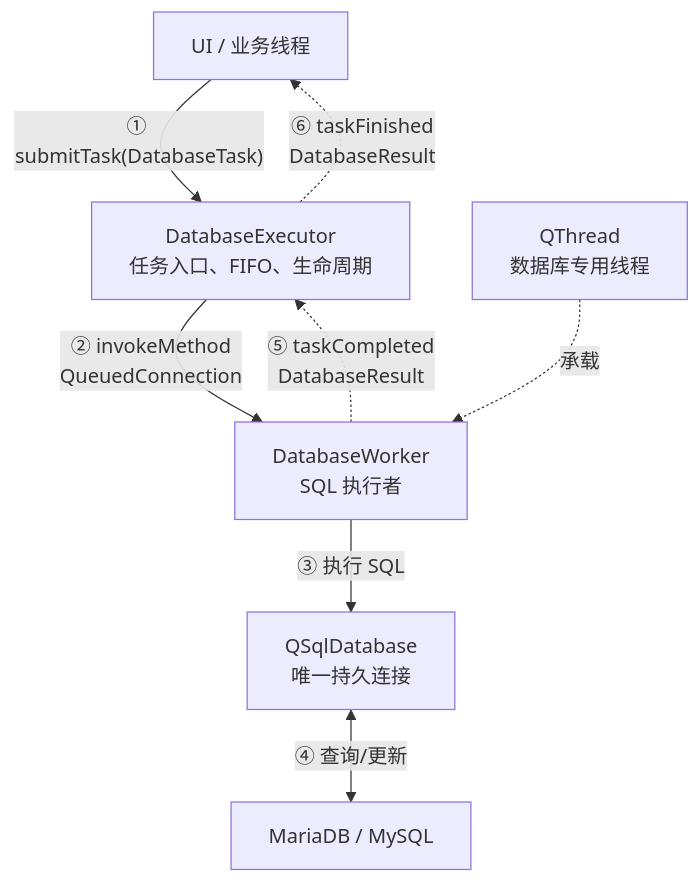
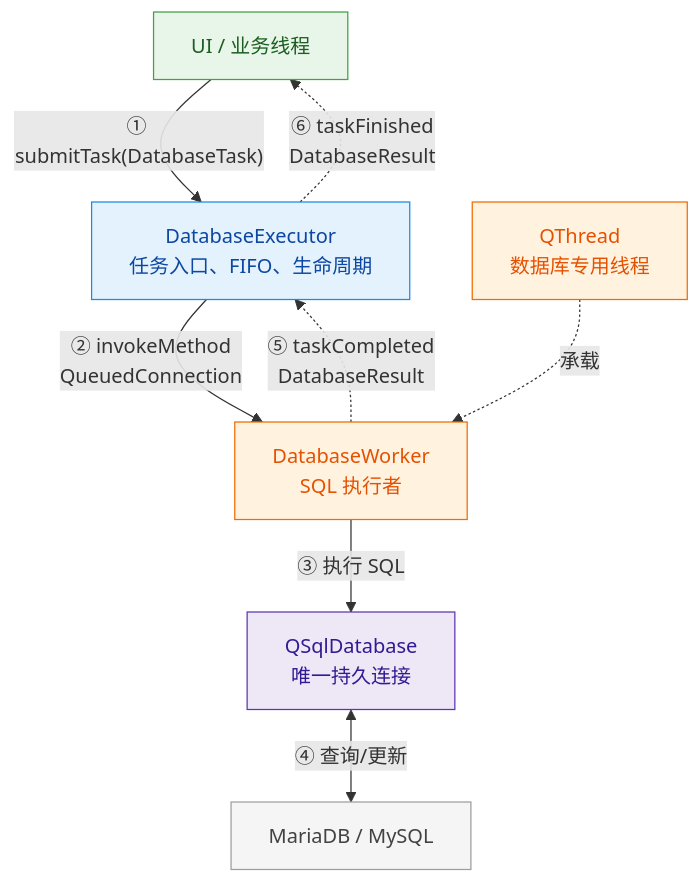
Before and after one commit to fanyu99/MyNote: the first of 3 diagrams in 仓库管理系统/03_架构设计/数据库业务执行架构.md, drawn with Mermaid. The commit also changed other lines of this file and 26 other files, not shown here.

````diff
--- a/仓库管理系统/03_架构设计/数据库业务执行架构.md
+++ b/仓库管理系统/03_架构设计/数据库业务执行架构.md
@@ -4,17 +4,28 @@
 ```mermaid
 flowchart TB
     UI["UI / 业务线程"]
     EX["DatabaseExecutor<br/>任务入口、FIFO、生命周期"]
     WK["DatabaseWorker<br/>SQL 执行者"]
     DB["QSqlDatabase<br/>唯一持久连接"]
     MYSQL["MariaDB / MySQL"]
     QT["QThread<br/>数据库专用线程"]
 
     UI -->|"① submitTask(DatabaseTask)"| EX
     EX -->|"② invokeMethod<br/>QueuedConnection"| WK
     QT -.->|"承载"| WK
     WK -->|"③ 执行 SQL"| DB
     DB <-->|"④ 查询/更新"| MYSQL
     WK -.->|"⑤ taskCompleted<br/>DatabaseResult"| EX
     EX -.->|"⑥ taskFinished<br/>DatabaseResult"| UI
+
+    classDef ui fill:#e8f5e9,stroke:#43a047,color:#1b5e20;
+    classDef ex fill:#e3f2fd,stroke:#1e88e5,color:#0d47a1;
+    classDef wk fill:#fff3e0,stroke:#ef6c00,color:#e65100;
+    classDef db fill:#ede7f6,stroke:#5e35b1,color:#311b92;
+    classDef ext fill:#f5f5f5,stroke:#9e9e9e,color:#424242;
+    class UI ui;
+    class EX ex;
+    class WK,QT wk;
+    class DB db;
+    class MYSQL ext;
 ```
````
